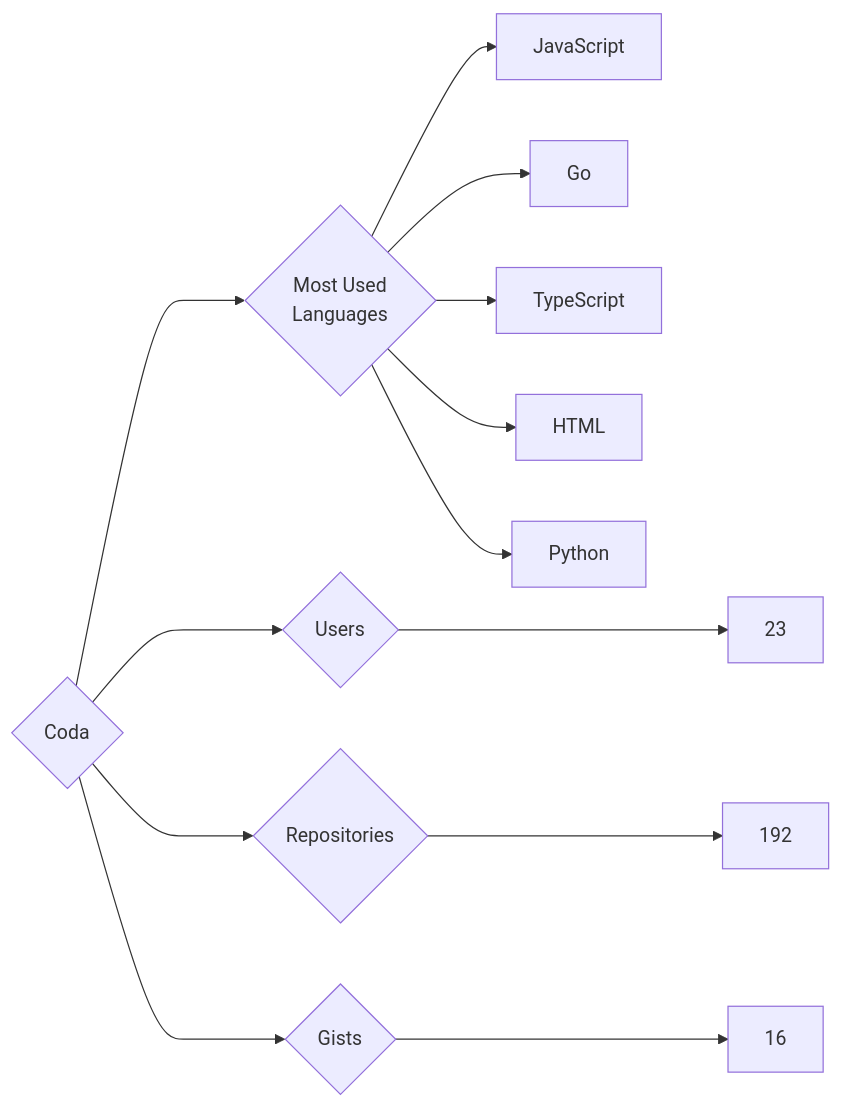
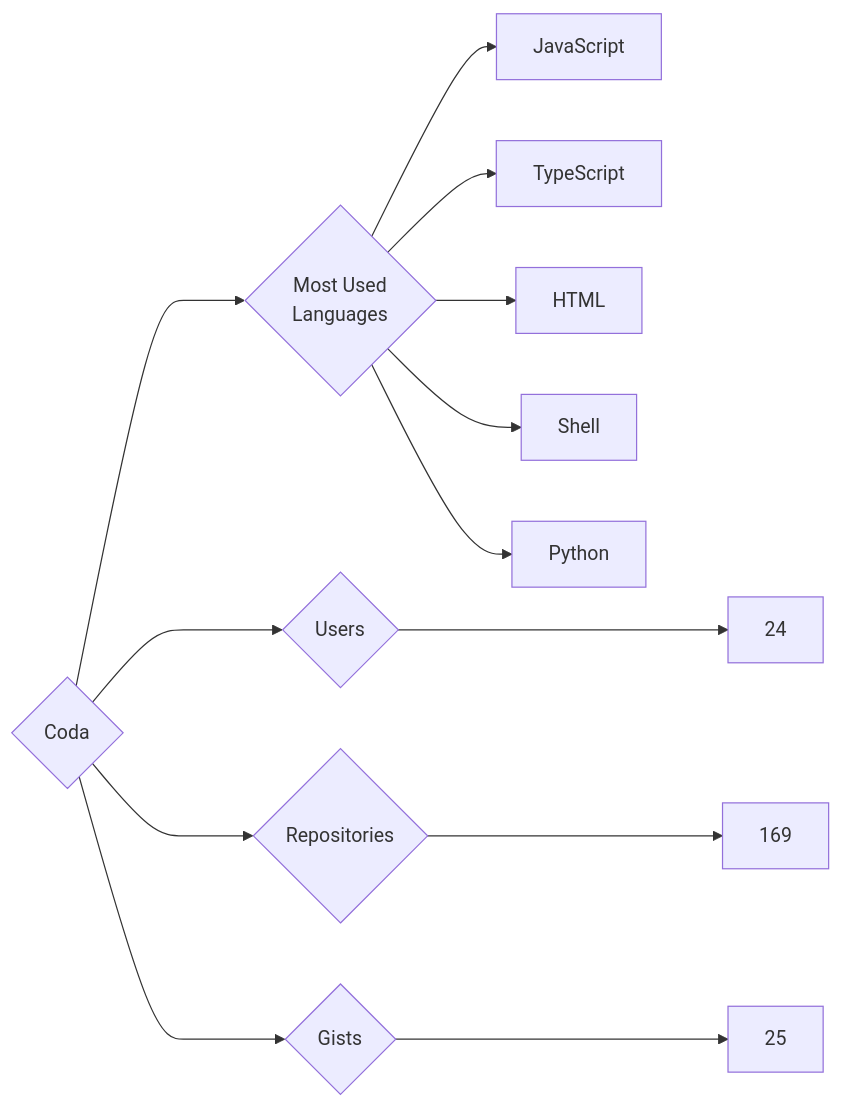
One commit to trickest/insiders changed the diagram in targets/Coda/README.md. Above: the diagram before and after it, drawn with Mermaid. The commit also changed 891 other files, not shown here.

````diff
--- a/targets/Coda/README.md
+++ b/targets/Coda/README.md
@@ -3,13 +3,13 @@
 ```mermaid
 graph LR
 COMPANY_NAME{Coda}
-COMPANY_NAME ---> U{Users} ---> UN[23]
-COMPANY_NAME ---> R{Repositories} ---> RN[192]
-COMPANY_NAME ---> G{Gists} ---> GN[16]
+COMPANY_NAME ---> U{Users} ---> UN[24]
+COMPANY_NAME ---> R{Repositories} ---> RN[169]
+COMPANY_NAME ---> G{Gists} ---> GN[25]
 COMPANY_NAME ---> ML{Most Used<br>Languages}
 ML --> JavaScript[JavaScript]
-ML --> Go[Go]
 ML --> TypeScript[TypeScript]
 ML --> HTML[HTML]
+ML --> Shell[Shell]
 ML --> Python[Python]
 ```
````
